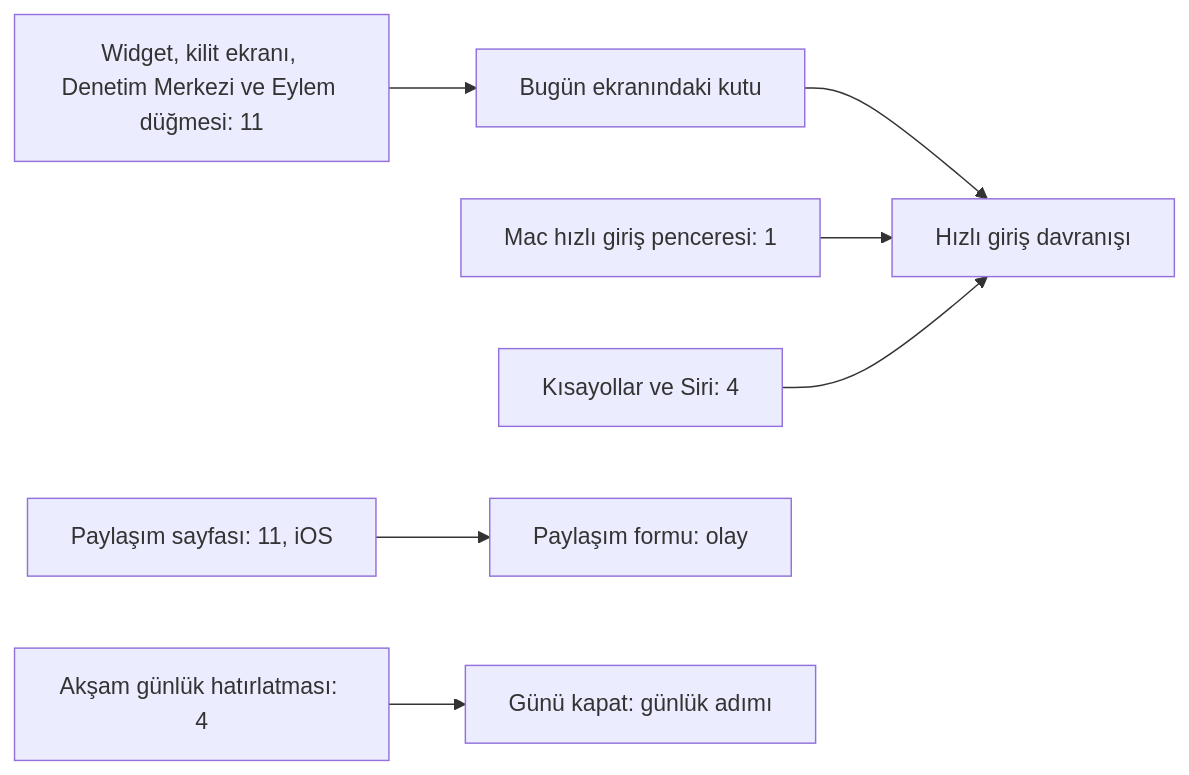
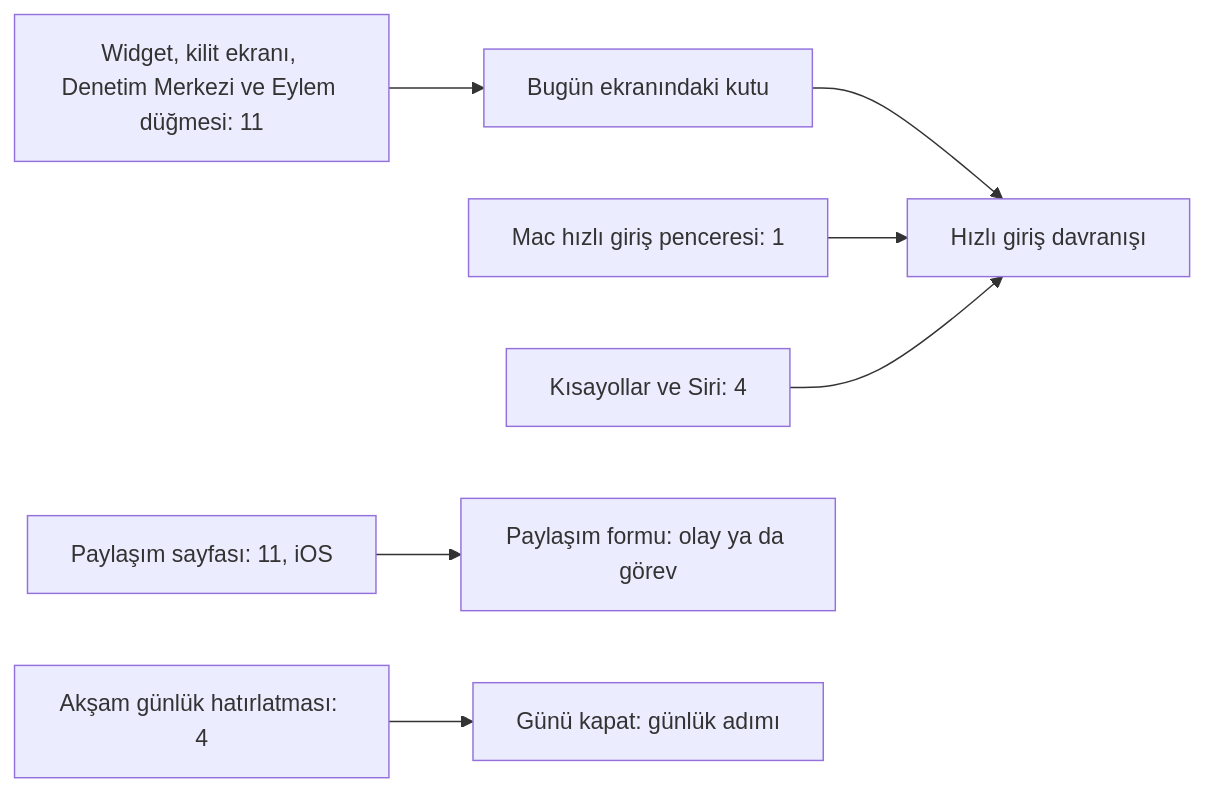
One commit to dogancanyildiz/kenet changed diagram 16 of 19 in docs/screens.md. Above: the diagram before and after it, drawn with Mermaid. The commit also changed other lines of this file and 3 other files, not shown here.

````diff
--- a/docs/screens.md
+++ b/docs/screens.md
@@ -1308,9 +1347,9 @@
 ```mermaid
 flowchart LR
     Kutu[Bugün ekranındaki kutu] --> HG[Hızlı giriş davranışı]
     Widget[Widget, kilit ekranı, Denetim Merkezi ve Eylem düğmesi: 11] --> Kutu
     MacPencere[Mac hızlı giriş penceresi: 1] --> HG
     Siri[Kısayollar ve Siri: 4] --> HG
-    Paylasim[Paylaşım sayfası: 11, iOS] --> Form[Paylaşım formu: olay]
+    Paylasim[Paylaşım sayfası: 11, iOS] --> Form[Paylaşım formu: olay ya da görev]
     Bildirim[Akşam günlük hatırlatması: 4] --> GunuKapat[Günü kapat: günlük adımı]
 ```
````
